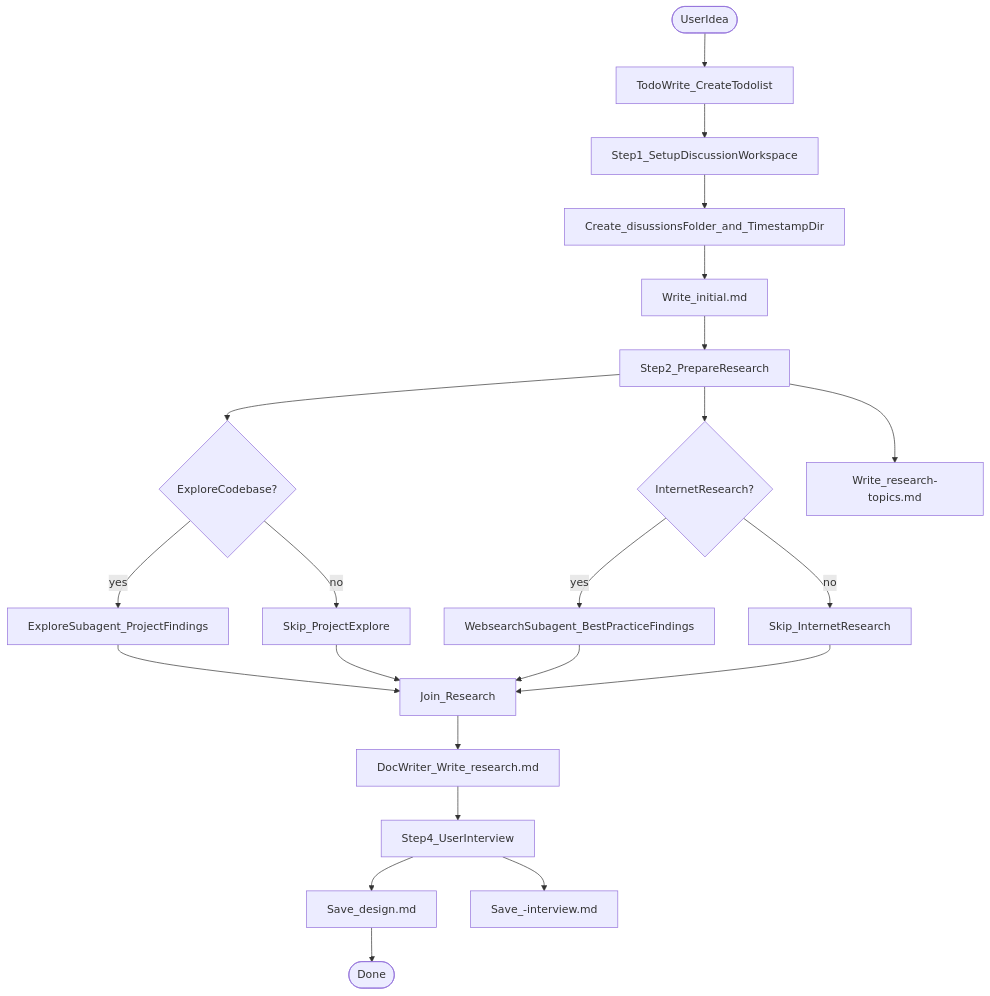
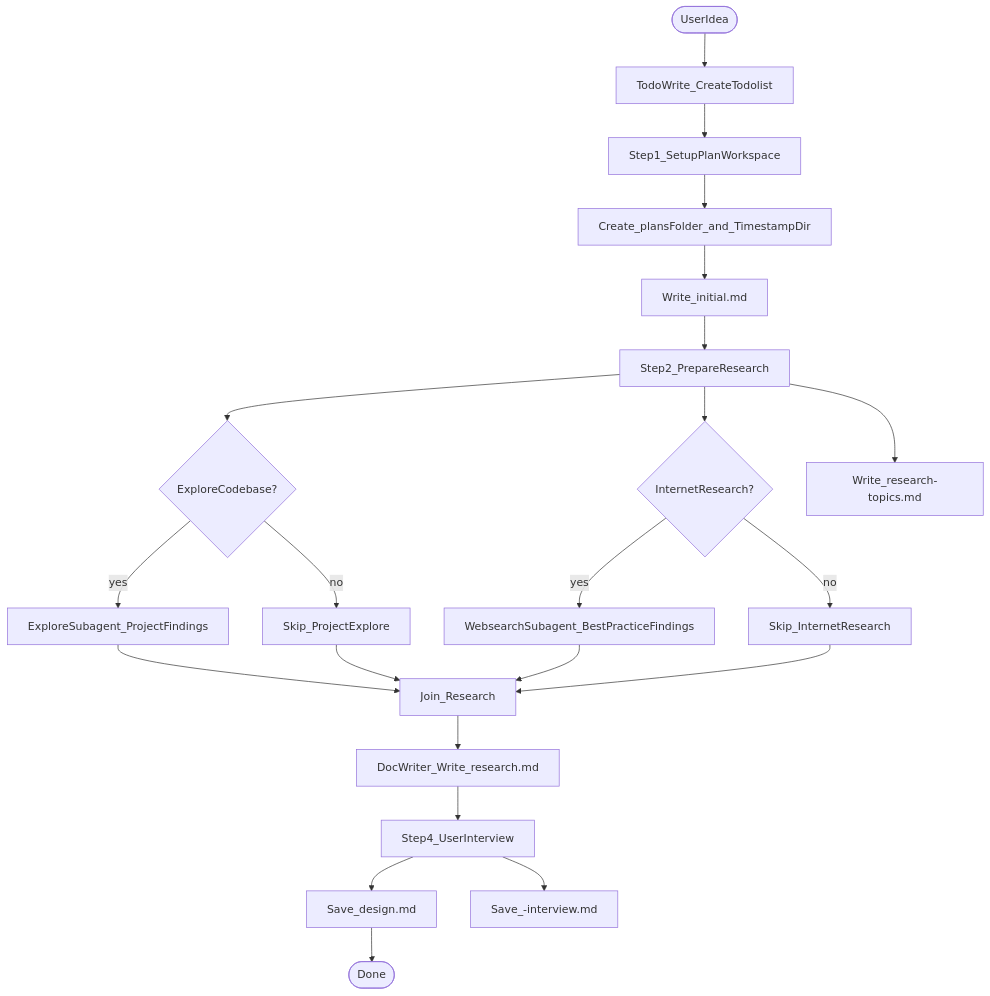
The diagram in .opencode/skills/brainstorm/SKILL.md (Hikaru518/opencode-config), drawn with Mermaid before and after one commit. The commit also changed other lines of this file and 13 other files, not shown here.

````diff
--- a/.opencode/skills/brainstorm/SKILL.md
+++ b/.opencode/skills/brainstorm/SKILL.md
@@ -14,30 +14,30 @@
 ```mermaid
 flowchart TD
     start([UserIdea]) --> todo[TodoWrite_CreateTodolist]
 
-    todo --> step1[Step1_SetupDiscussionWorkspace]
-    step1 --> mkDir[Create_disussionsFolder_and_TimestampDir]
+    todo --> step1[Step1_SetupPlanWorkspace]
+    step1 --> mkDir[Create_plansFolder_and_TimestampDir]
     mkDir --> initial[Write_initial.md]
 
     initial --> step2[Step2_PrepareResearch]
     step2 --> askCode{ExploreCodebase?}
     step2 --> askWeb{InternetResearch?}
     step2 --> topics[Write_research-topics.md]
 
     askCode -- "yes" --> explore[ExploreSubagent_ProjectFindings]
     askCode -- "no" --> skipExplore[Skip_ProjectExplore]
 
     askWeb -- "yes" --> web[WebsearchSubagent_BestPracticeFindings]
     askWeb -- "no" --> skipWeb[Skip_InternetResearch]
 
     explore --> join[Join_Research]
     web --> join
     skipExplore --> join
     skipWeb --> join
 
     join --> doc[DocWriter_Write_research.md]
     doc --> interview[Step4_UserInterview]
     interview --> design[Save_design.md]
     interview --> transcript[Save_<topic>-interview.md]
     design --> done([Done])
 ```
````
